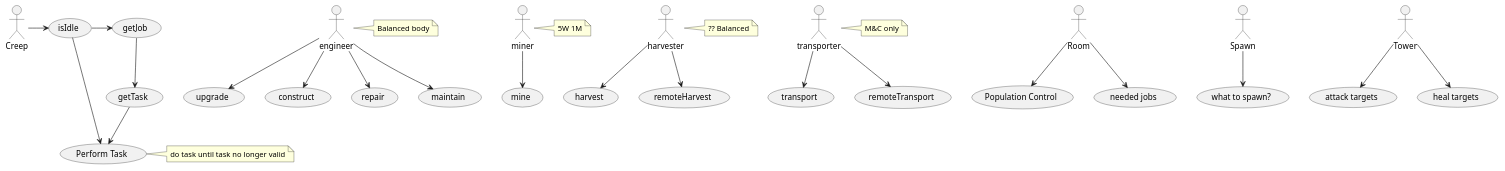
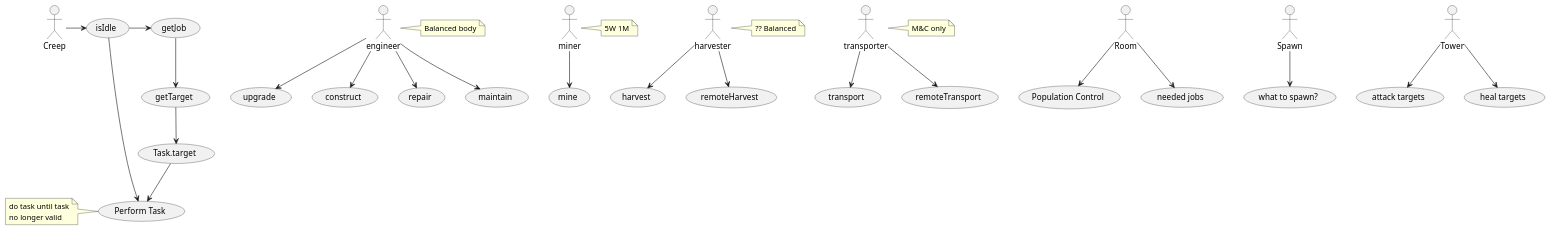
The diagram in Design & UML/useCase.puml (h0uter/screepsZilver), drawn with PlantUML before and after one commit. The commit also changed 3 other files, not shown here.

Commit message:
uml planning

```diff
--- a/Design & UML/useCase.puml
+++ b/Design & UML/useCase.puml
@@ -1,46 +1,50 @@
 @startuml
+' ---ENTITIES---
 :Room:
 
 :engineer:
 :harvester:
 :miner:
 :transporter:
 
 (Perform Task) as (Task)
 
+' ---AGENTS---
 Room --> (Population Control)
 Room --> (needed jobs)
 Spawn --> (what to spawn?)
 Tower --> (attack targets)
 Tower --> (heal targets)
 
 
 engineer --> (upgrade)
 engineer --> (construct)
 engineer --> (repair)
 engineer --> (maintain)
 harvester --> (harvest)
 harvester --> (remoteHarvest)
 miner --> (mine)
 transporter --> (transport)
 transporter --> (remoteTransport)
 
 Creep -> (isIdle)
 isIdle -> (getJob)
-(getJob) --> (getTask)
-(getTask) --> (Task)
+(getJob) --> (getTarget)
+(getTarget) --> (Task.target)
+(Task.target) --> (Task)
 
 isIdle -> (Task)
 
 
 
 note right of engineer : Balanced body
 note right of miner : 5W 1M
 note right of harvester : ?? Balanced
 note right of transporter : M&C only
 
-note right of (Task)
-do task until task no longer valid
+note left of (Task)
+do task until task
+no longer valid
 end note
 
 @enduml
```
